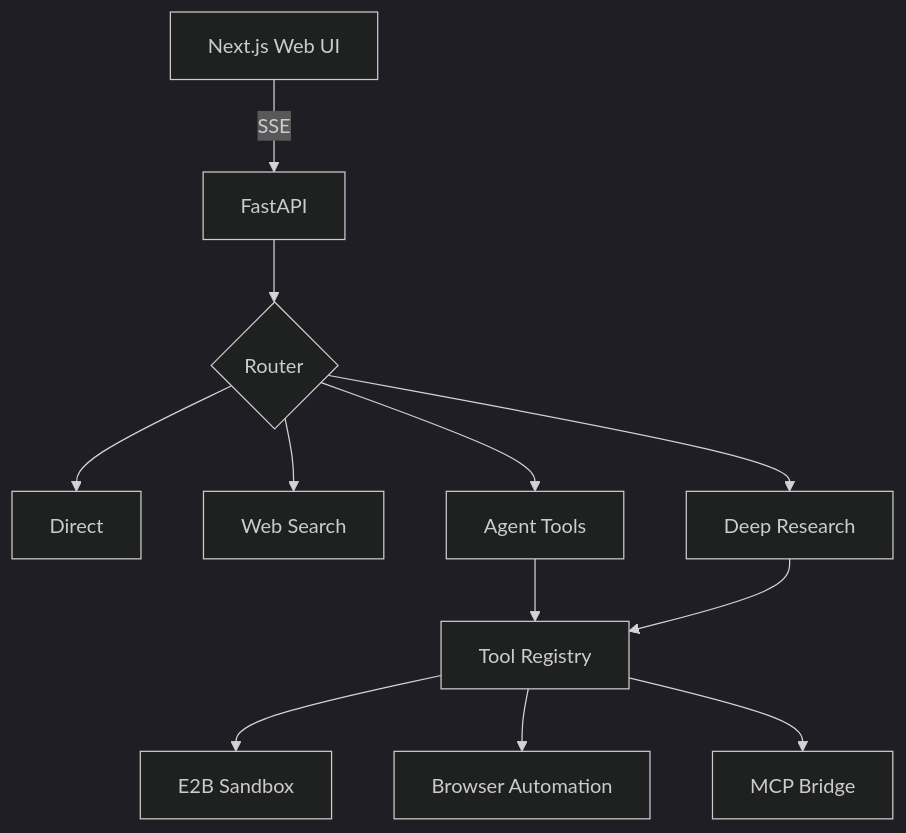
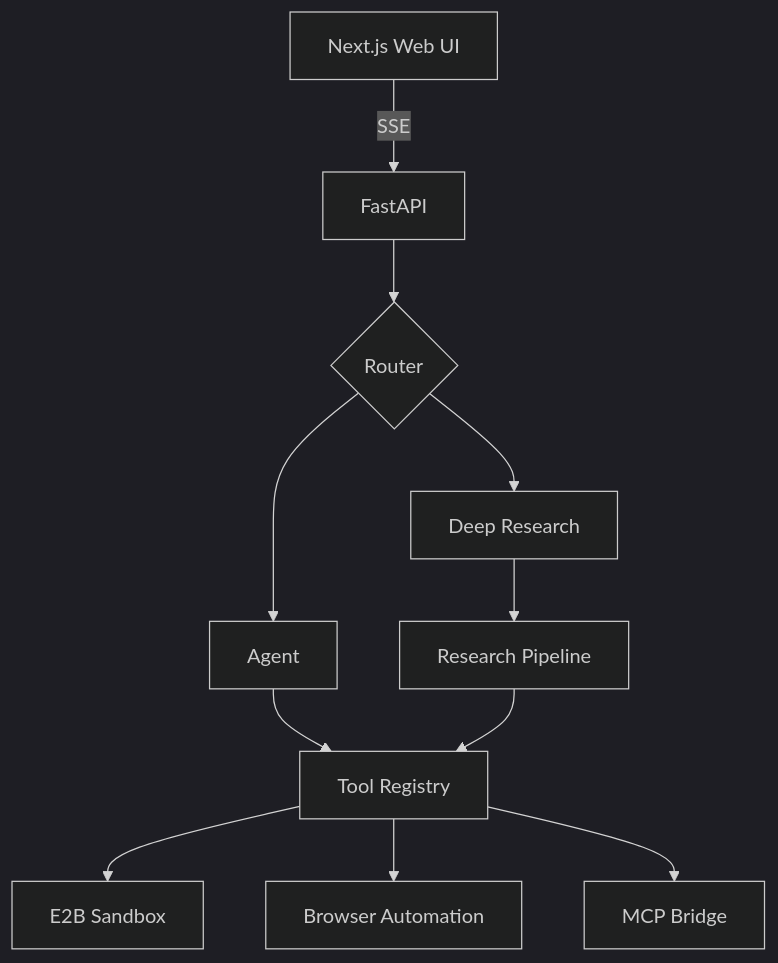
The diagram in README.md (MaplumeX/Weaver), drawn with Mermaid (dark theme) before and after one commit. The commit also changed other lines of this file and 47 other files, not shown here.

Commit message:
feat: hard cut chat modes to agent and deep

````diff
--- a/README.md
+++ b/README.md
@@ -42,14 +42,13 @@
 ```mermaid
 graph TB
   UI[Next.js Web UI] -->|SSE| API[FastAPI]
   API --> Router{Router}
-  Router --> Direct[Direct]
-  Router --> Web[Web Search]
-  Router --> Agent[Agent Tools]
+  Router --> Agent[Agent]
   Router --> Deep[Deep Research]
   Agent --> Tools[Tool Registry]
-  Deep --> Tools
+  Deep --> Research[Research Pipeline]
+  Research --> Tools
   Tools --> E2B[E2B Sandbox]
   Tools --> Browser[Browser Automation]
   Tools --> MCP[MCP Bridge]
 ```
````
